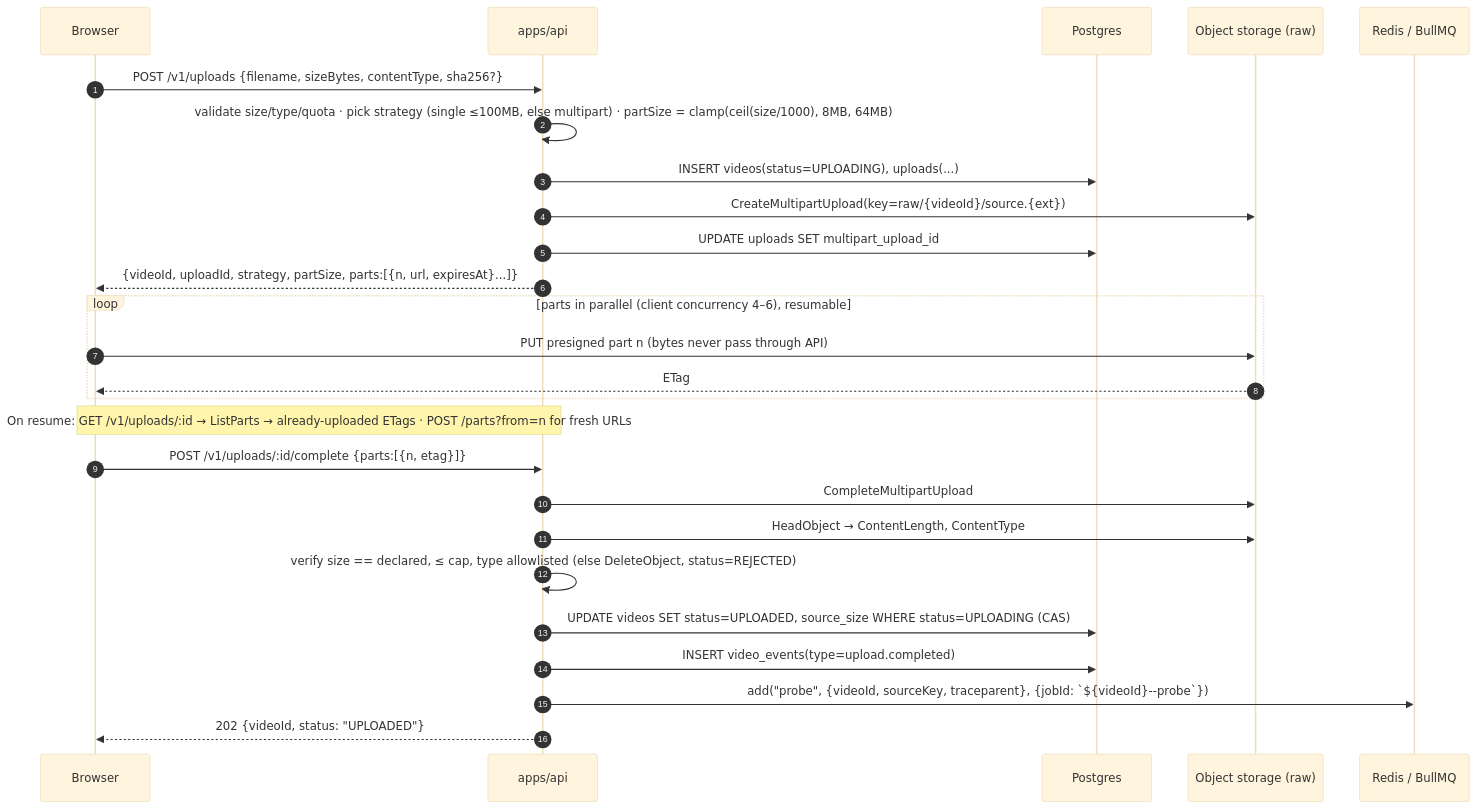
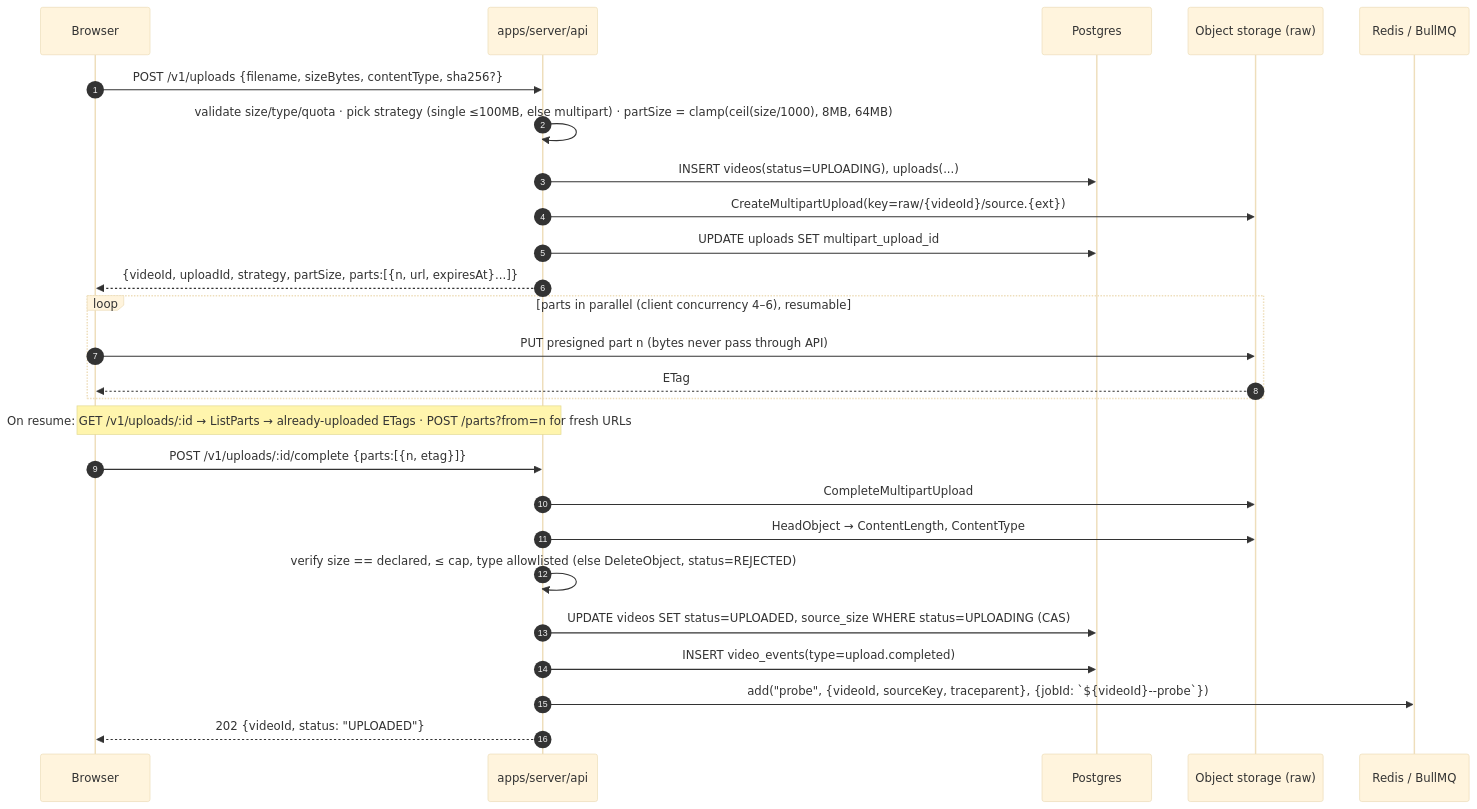
One commit to szebest/taitube-platform changed the second of 9 diagrams in docs/SDD.md. Above: the diagram before and after it, drawn with Mermaid (base theme). The commit also changed other lines of this file and 347 other files, not shown here.

Commit message:
92: point every path at apps/server and apps/client

````diff
--- a/docs/SDD.md
+++ b/docs/SDD.md
@@ -164,29 +164,29 @@
 ```mermaid
 sequenceDiagram
     autonumber
     participant B as Browser
-    participant API as apps/api
+    participant API as apps/server/api
     participant PG as Postgres
     participant S3 as Object storage (raw)
     participant Q as Redis / BullMQ
 
     B->>API: POST /v1/uploads {filename, sizeBytes, contentType, sha256?}
     API->>API: validate size/type/quota · pick strategy (single ≤100MB, else multipart) · partSize = clamp(ceil(size/1000), 8MB, 64MB)
     API->>PG: INSERT videos(status=UPLOADING), uploads(...)
     API->>S3: CreateMultipartUpload(key=raw/{videoId}/source.{ext})
     API->>PG: UPDATE uploads SET multipart_upload_id
     API-->>B: {videoId, uploadId, strategy, partSize, parts:[{n, url, expiresAt}...]}
     loop parts in parallel (client concurrency 4–6), resumable
         B->>S3: PUT presigned part n  (bytes never pass through API)
         S3-->>B: ETag
     end
     Note over B,API: On resume: GET /v1/uploads/:id → ListParts → already-uploaded ETags · POST /parts?from=n for fresh URLs
     B->>API: POST /v1/uploads/:id/complete {parts:[{n, etag}]}
     API->>S3: CompleteMultipartUpload
     API->>S3: HeadObject → ContentLength, ContentType
     API->>API: verify size == declared, ≤ cap, type allowlisted (else DeleteObject, status=REJECTED)
     API->>PG: UPDATE videos SET status=UPLOADED, source_size WHERE status=UPLOADING (CAS)
     API->>PG: INSERT video_events(type=upload.completed)
     API->>Q: add("probe", {videoId, sourceKey, traceparent}, {jobId: `${videoId}--probe`})
     API-->>B: 202 {videoId, status: "UPLOADED"}
 ```
````
